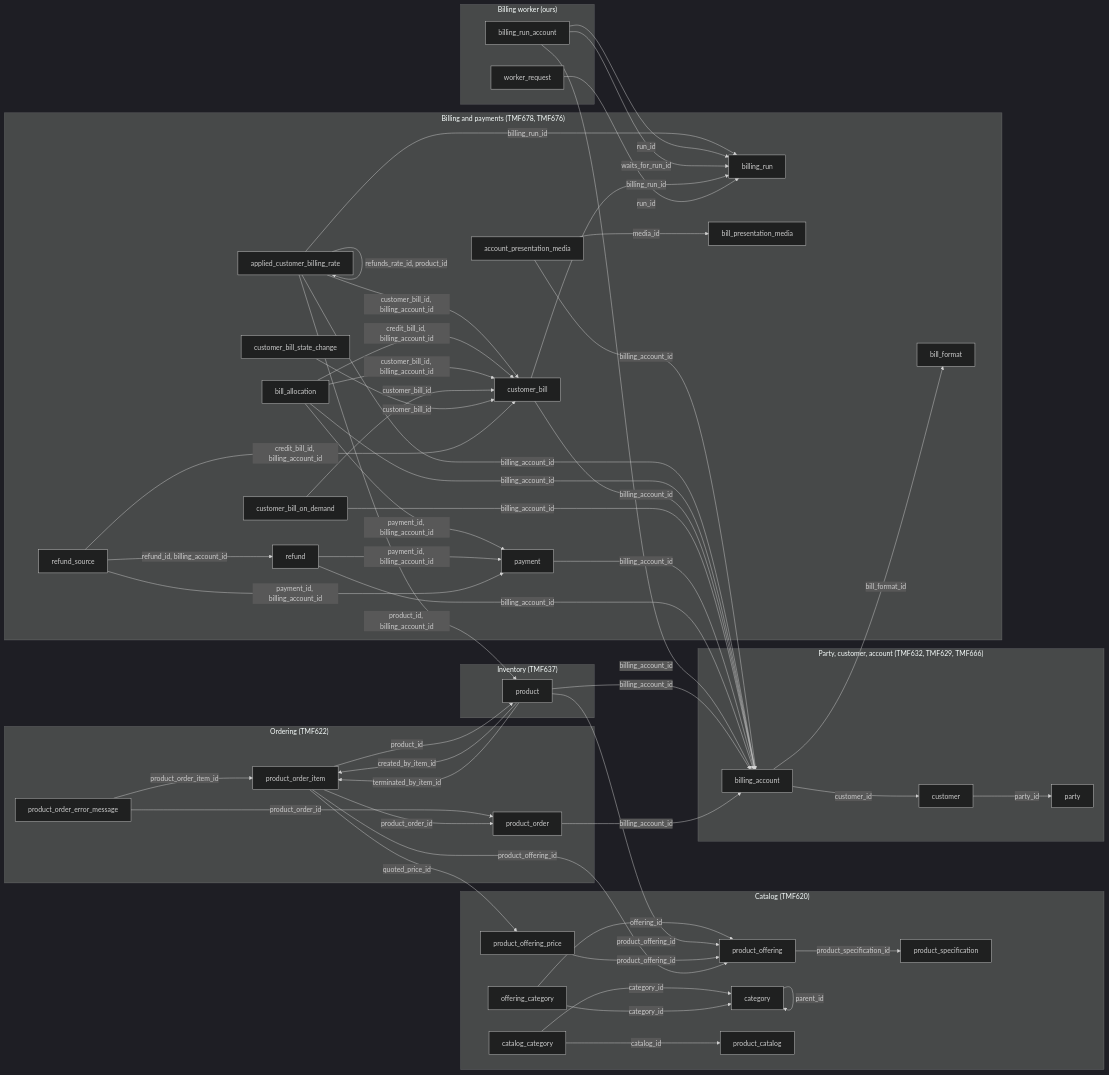
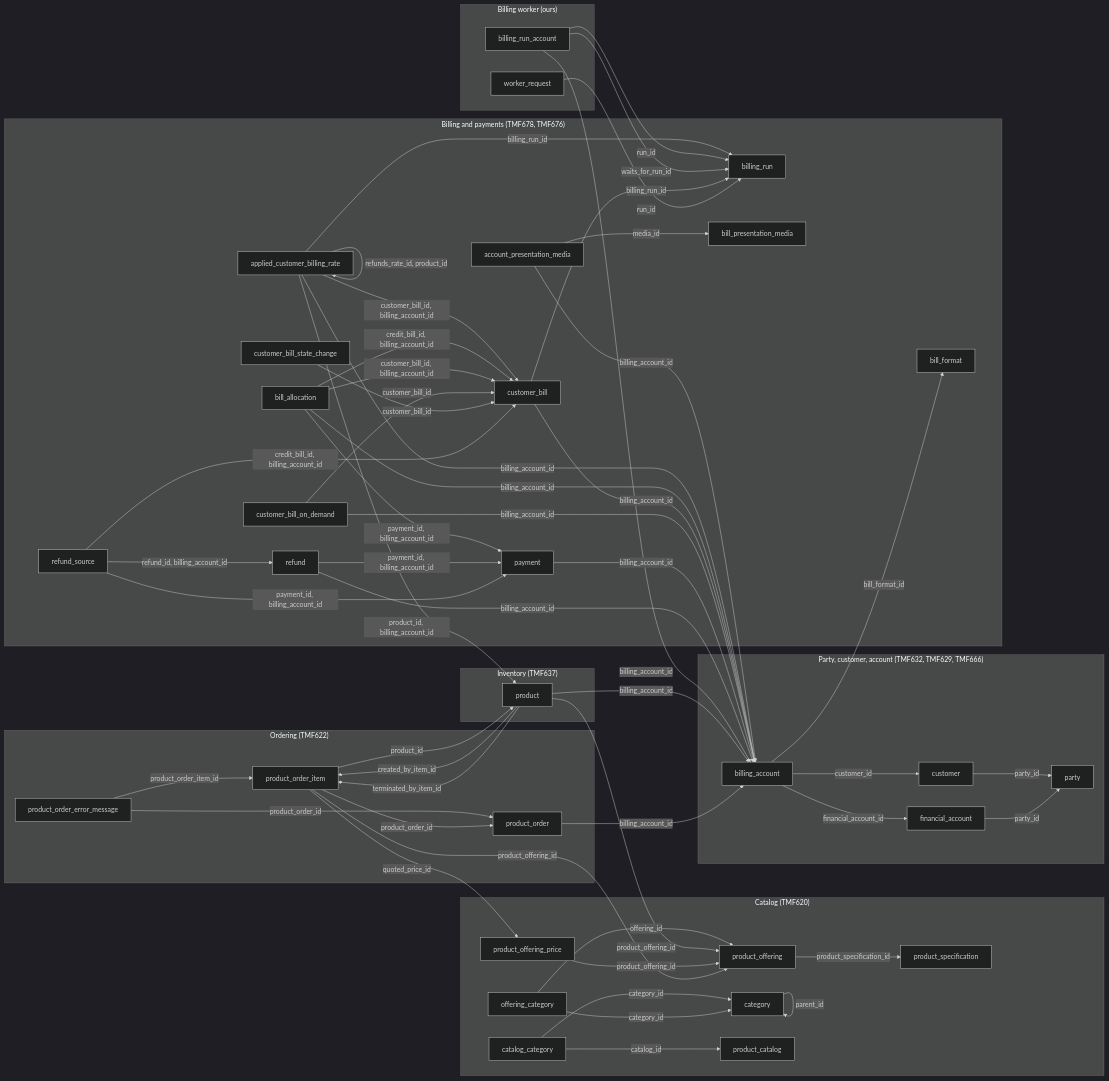
The first of 7 diagrams in docs/db/README.md (altharmz/bss), drawn with Mermaid (dark theme) before and after one commit. The commit also changed other lines of this file and 33 other files, not shown here.

First line of the commit message:
TMF666 financial accounts and the billing account link

```diff
--- a/docs/db/README.md
+++ b/docs/db/README.md
@@ -45,6 +46,7 @@
     party[party]
     customer[customer]
     billing_account[billing_account]
+    financial_account[financial_account]
   end
   subgraph area_catalog["Catalog (TMF620)"]
     product_specification[product_specification]
@@ -94,6 +96,7 @@
   bill_allocation -->|"payment_id, billing_account_id"| payment
   billing_account -->|"bill_format_id"| bill_format
   billing_account -->|"customer_id"| customer
+  billing_account -->|"financial_account_id"| financial_account
   billing_run_account -->|"billing_account_id"| billing_account
   billing_run_account -->|"run_id"| billing_run
   billing_run_account -->|"waits_for_run_id"| billing_run
@@ -106,6 +109,7 @@
   customer_bill_on_demand -->|"billing_account_id"| billing_account
   customer_bill_on_demand -->|"customer_bill_id"| customer_bill
   customer_bill_state_change -->|"customer_bill_id"| customer_bill
+  financial_account -->|"party_id"| party
   offering_category -->|"category_id"| category
   offering_category -->|"offering_id"| product_offering
   payment -->|"billing_account_id"| billing_account
```
